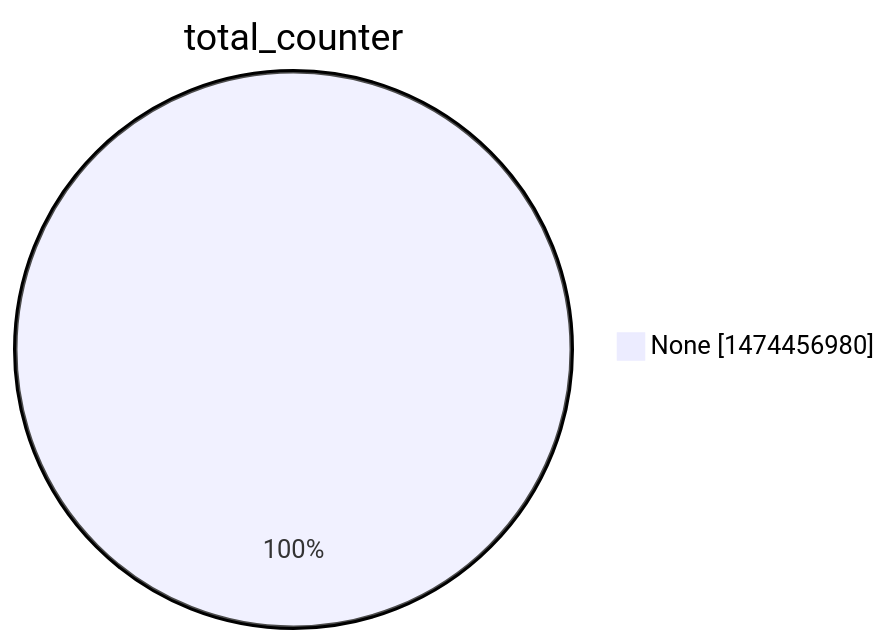
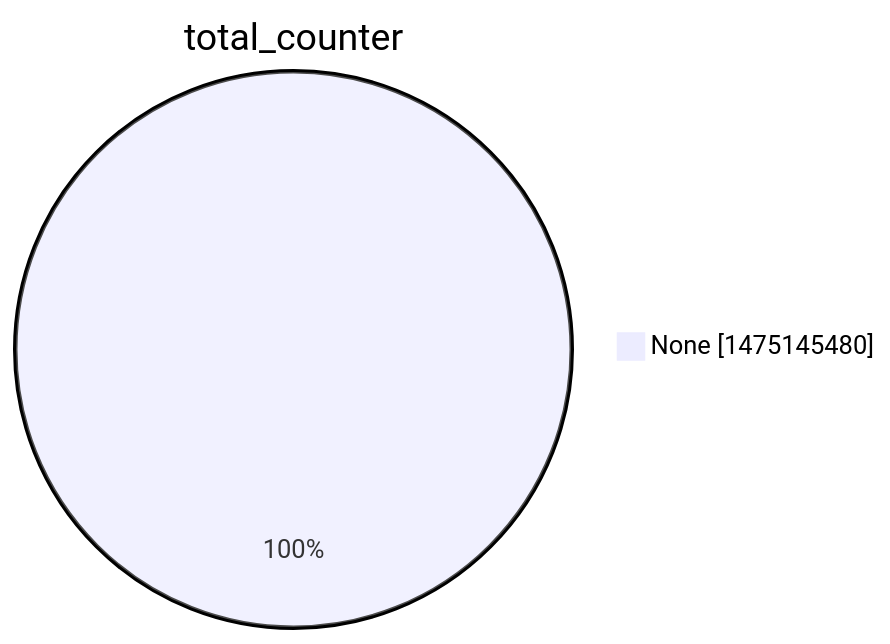
The second of 15 diagrams in argon2022/README.md (christiankrug/ctmonitor_visualization), drawn with Mermaid before and after one commit. The commit also changed other lines of this file, not shown here.

````diff
--- a/argon2022/README.md
+++ b/argon2022/README.md
@@ -9,5 +9,5 @@
 ```mermaid
 pie showData
 title total_counter
-"None" :1474456980
+"None" :1475145480
 ```
````
